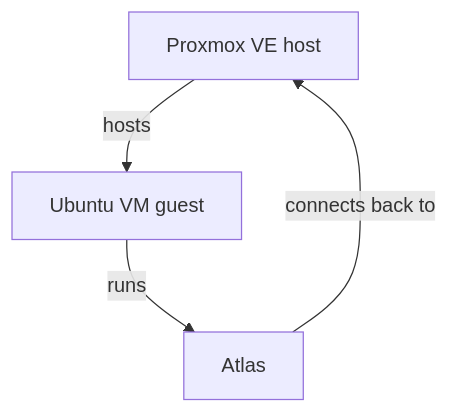
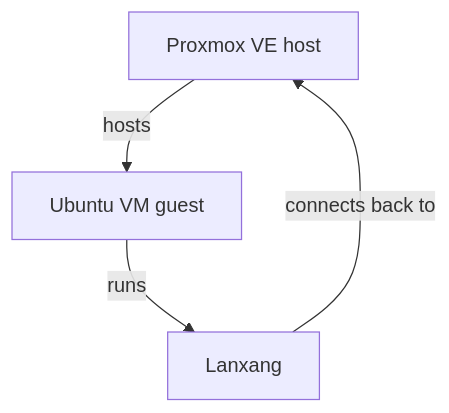
The diagram in docs/deployment/index.md (Cyb3rRon1n/atlas), drawn with Mermaid before and after one commit. The commit also changed other lines of this file and 25 other files, not shown here.

````diff
--- a/docs/deployment/index.md
+++ b/docs/deployment/index.md
@@ -7,6 +7,6 @@
 ```mermaid
 graph TD
     A[Proxmox VE host] -->|hosts| B[Ubuntu VM guest]
-    B -->|runs| C[Atlas]
+    B -->|runs| C[Lanxang]
     C -->|connects back to| A
 ```
````
